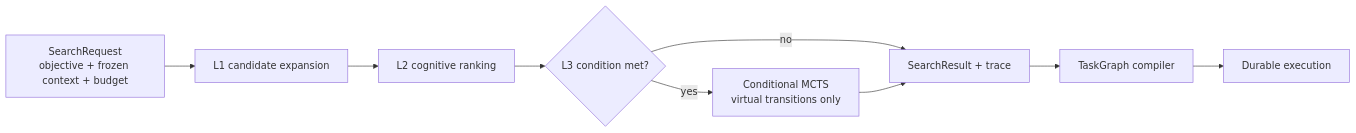
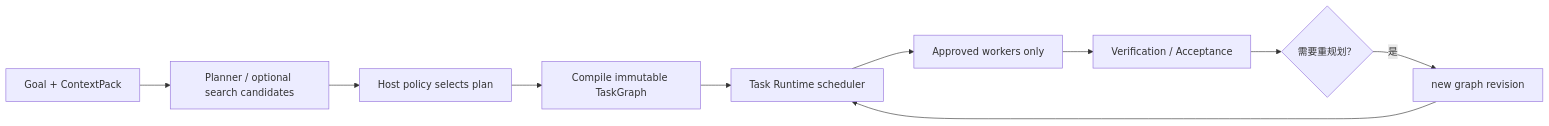
Before and after one commit to SakuraYoruno/Natsume_Ai: the diagram in docs/50_project/arch/diagrams/04_executive_layers.md, drawn with Mermaid. The commit also changed other lines of this file and 87 other files, not shown here.

````diff
--- a/docs/50_project/arch/diagrams/04_executive_layers.md
+++ b/docs/50_project/arch/diagrams/04_executive_layers.md
@@ -55,16 +6,12 @@
 ```mermaid
 flowchart LR
-    REQ["SearchRequest\nobjective + frozen context + budget"]
-    L1["L1 candidate expansion"]
-    L2["L2 cognitive ranking"]
-    COND{"L3 condition met?"}
-    L3["Conditional MCTS\nvirtual transitions only"]
-    RESULT["SearchResult + trace"]
-    COMP["TaskGraph compiler"]
-    EXEC["Durable execution"]
-
-    REQ --> L1 --> L2 --> COND
-    COND -->|"no"| RESULT
-    COND -->|"yes"| L3 --> RESULT
-    RESULT --> COMP --> EXEC
+    GOAL["Goal + ContextPack"] --> CAND["Planner / optional search candidates"]
+    CAND --> SELECT["Host policy selects plan"]
+    SELECT --> COMPILE["Compile immutable TaskGraph"]
+    COMPILE --> EXEC["Task Runtime scheduler"]
+    EXEC --> WORK["Approved workers only"]
+    WORK --> RESULT["Verification / Acceptance"]
+    RESULT --> REPLAN{"需要重规划？"}
+    REPLAN -- "是" --> REV["new graph revision"]
+    REV --> EXEC
 ```
````
